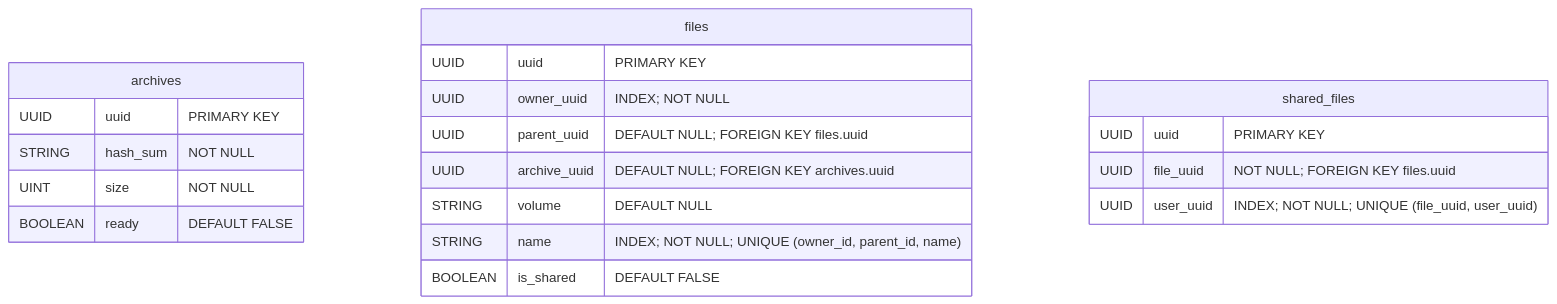
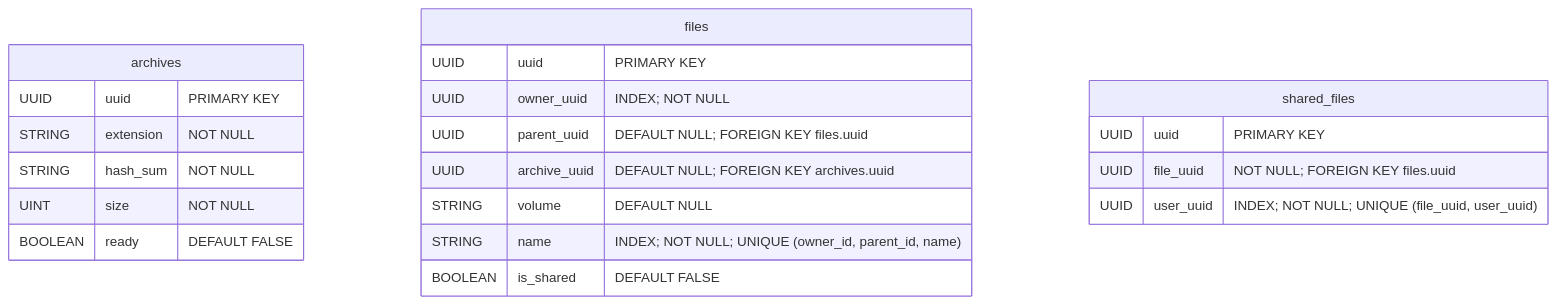
The third of 4 diagrams in Database.md (hawks-atlanta/docs), drawn with Mermaid before and after one commit. The commit also changed other lines of this file, not shown here.

Commit message:
docs(database): Add extension column to Scala database (#24)

````diff
--- a/Database.md
+++ b/Database.md
@@ -74,25 +74,26 @@
 ```mermaid
 erDiagram
 	archives {
 		UUID    uuid        "PRIMARY KEY"
+		STRING 	extension	 	"NOT NULL"
 		STRING  hash_sum    "NOT NULL"
 		UINT    size        "NOT NULL"
 		BOOLEAN ready       "DEFAULT FALSE"
 	}
 
 	files {
 		UUID    	uuid            "PRIMARY KEY"
 		UUID    	owner_uuid      "INDEX; NOT NULL"
 		UUID    	parent_uuid     "DEFAULT NULL; FOREIGN KEY files.uuid"
 		UUID    	archive_uuid    "DEFAULT NULL; FOREIGN KEY archives.uuid"
 		STRING  	volume          "DEFAULT NULL"
 		STRING  	name            "INDEX; NOT NULL; UNIQUE (owner_id, parent_id, name)"
 		BOOLEAN 	is_shared 		 	"DEFAULT FALSE"
 	}
-	
+
 	shared_files {
 		UUID uuid      "PRIMARY KEY"
 		UUID file_uuid "NOT NULL; FOREIGN KEY files.uuid"
 		UUID user_uuid "INDEX; NOT NULL; UNIQUE (file_uuid, user_uuid)"
 	}
 ```
````
